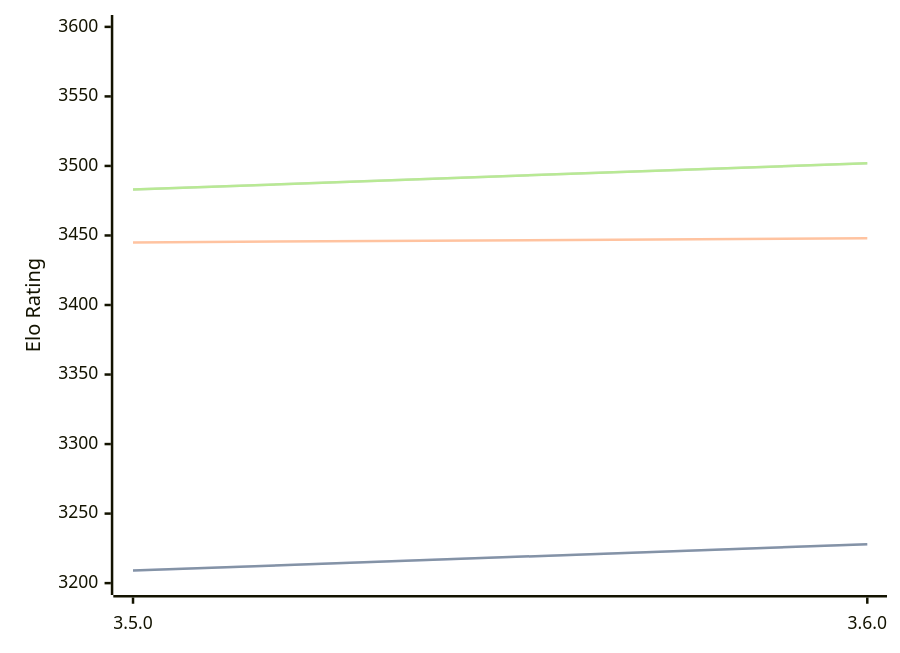
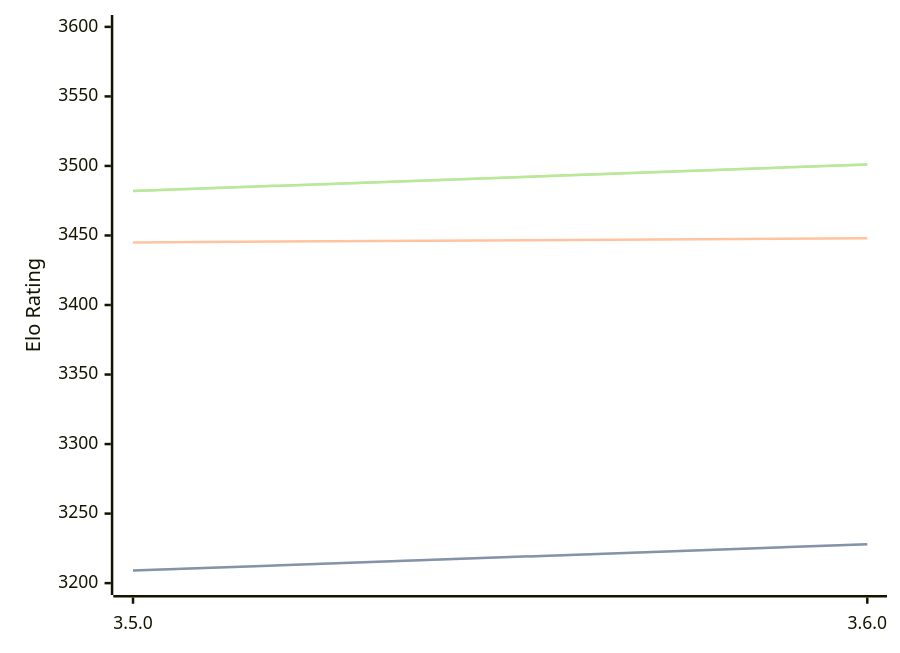
The diagram in engines/Igel.md (computer-chess-index/cci), drawn with Mermaid before and after one commit. The commit also changed other lines of this file, not shown here.

Commit message:
Update CCI Ratings (ELO VLTC) - 2026-03-01

````diff
--- a/engines/Igel.md
+++ b/engines/Igel.md
@@ -66,11 +66,11 @@
 ```mermaid
 %%{init: {"theme":"base","themeVariables":{"seriesColors:['#a3a3a3','#222221','#faa371']}}}%%
 xychart-beta
   x-axis ["3.5.0", "3.6.0"]
   y-axis "Elo Rating" 3200 --> 3600
   line "STC (8.0+0.08s)" [3209, 3228]
   line "STC (8.0+0.08s)" [3209, 3228]
   line "LTC (60.0+0.60s)" [3445, 3448]
-  line "VLTC (2m24s+1.12s)" [3483, 3502]
-  line "VLTC (2m24s+1.12s)" [3483, 3502]
+  line "VLTC (2m24s+1.12s)" [3482, 3501]
+  line "VLTC (2m24s+1.12s)" [3482, 3501]
 ```
````
